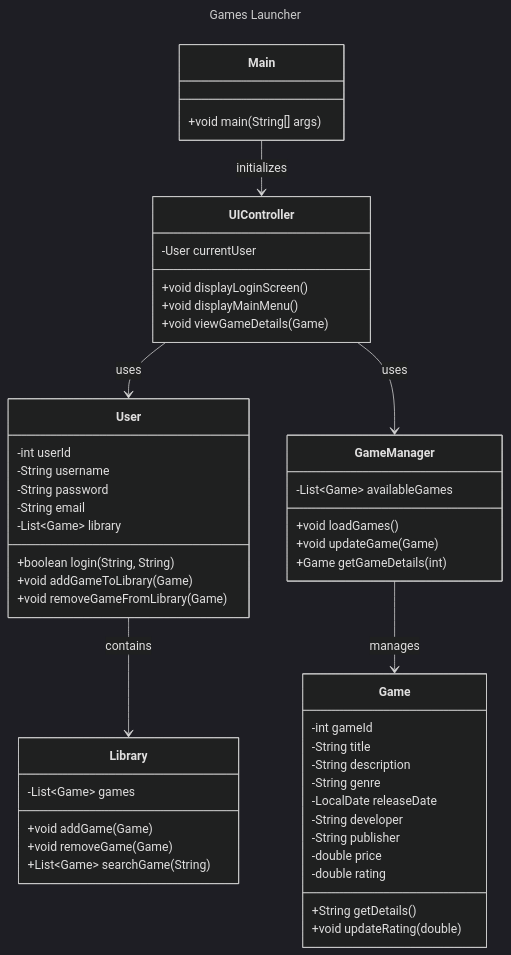
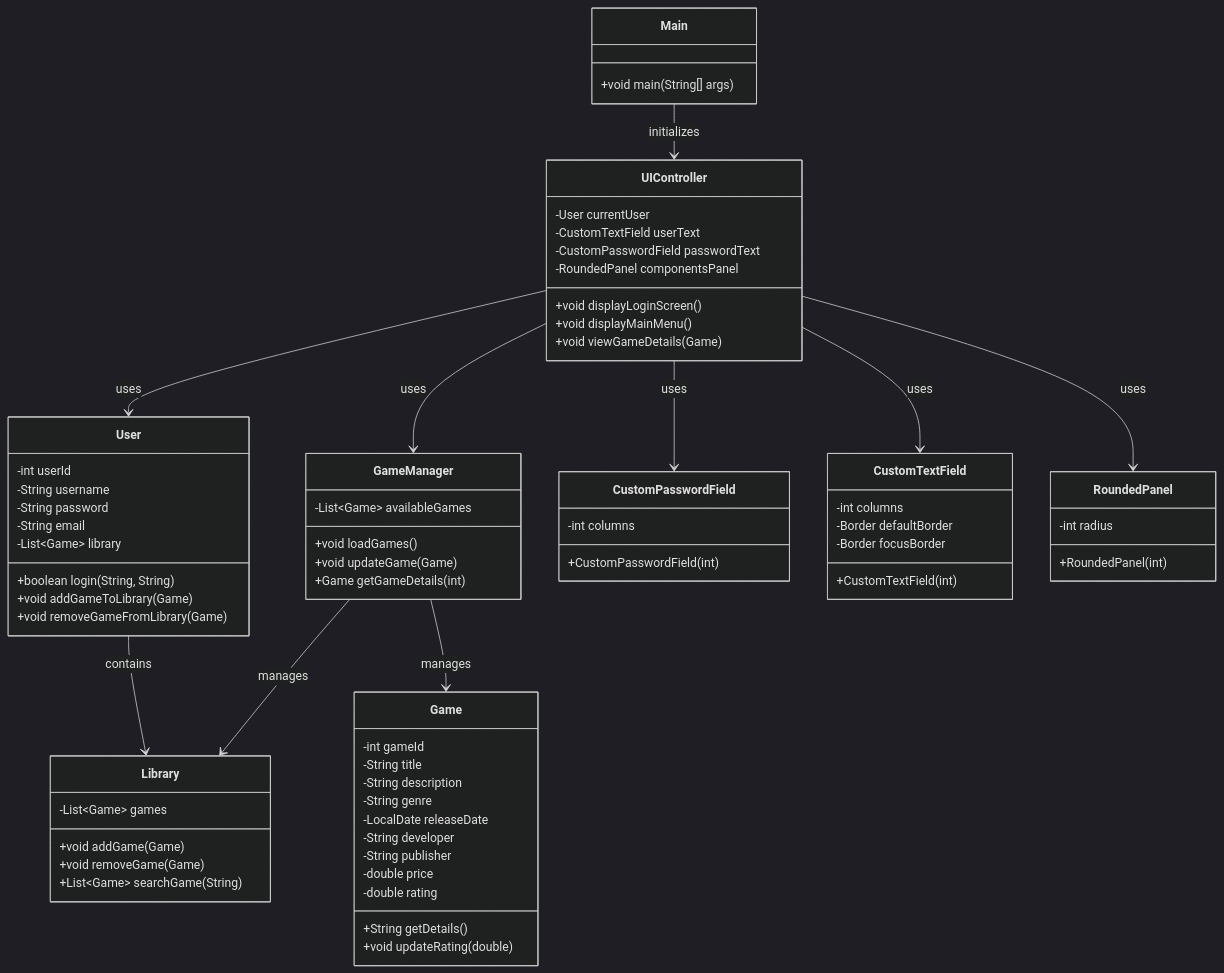
Before and after one commit to anavalladaresg/GamesLauncher: the diagram in README.md, drawn with Mermaid (dark theme). The commit also changed other lines of this file and 14 other files, not shown here.

````diff
--- a/README.md
+++ b/README.md
@@ -6,61 +22,82 @@
 ```mermaid
----
-title: Games Launcher
----
 classDiagram
     class Game {
         -int gameId
         -String title
         -String description
         -String genre
         -LocalDate releaseDate
         -String developer
         -String publisher
         -double price
         -double rating
         +String getDetails()
         +void updateRating(double)
     }
 
     class User {
         -int userId
         -String username
         -String password
         -String email
         -List~Game~ library
         +boolean login(String, String)
         +void addGameToLibrary(Game)
         +void removeGameFromLibrary(Game)
     }
 
     class Library {
         -List~Game~ games
         +void addGame(Game)
         +void removeGame(Game)
         +List~Game~ searchGame(String)
     }
 
     class GameManager {
         -List~Game~ availableGames
         +void loadGames()
         +void updateGame(Game)
         +Game getGameDetails(int)
     }
 
+    class CustomPasswordField {
+        -int columns
+        +CustomPasswordField(int)
+    }
+
+    class CustomTextField {
+        -int columns
+        -Border defaultBorder
+        -Border focusBorder
+        +CustomTextField(int)
+    }
+
+    class RoundedPanel {
+        -int radius
+        +RoundedPanel(int)
+    }
+
     class UIController {
         -User currentUser
+        -CustomTextField userText
+        -CustomPasswordField passwordText
+        -RoundedPanel componentsPanel
         +void displayLoginScreen()
         +void displayMainMenu()
         +void viewGameDetails(Game)
     }
 
     class Main {
         +void main(String[] args)
     }
 
     User --> Library : contains
     GameManager --> Game : manages
+    GameManager --> Library : manages
     UIController --> User : uses
     UIController --> GameManager : uses
+    UIController --> CustomTextField : uses
+    UIController --> CustomPasswordField : uses
+    UIController --> RoundedPanel : uses
     Main --> UIController : initializes
 ```
````
